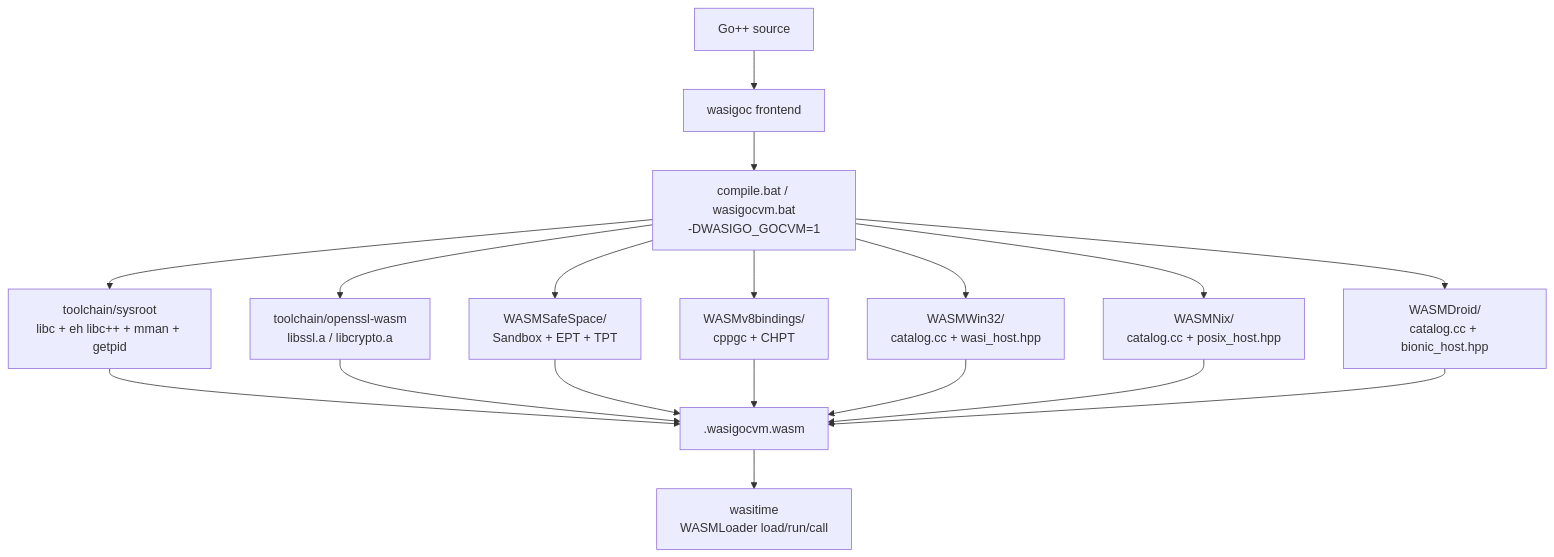
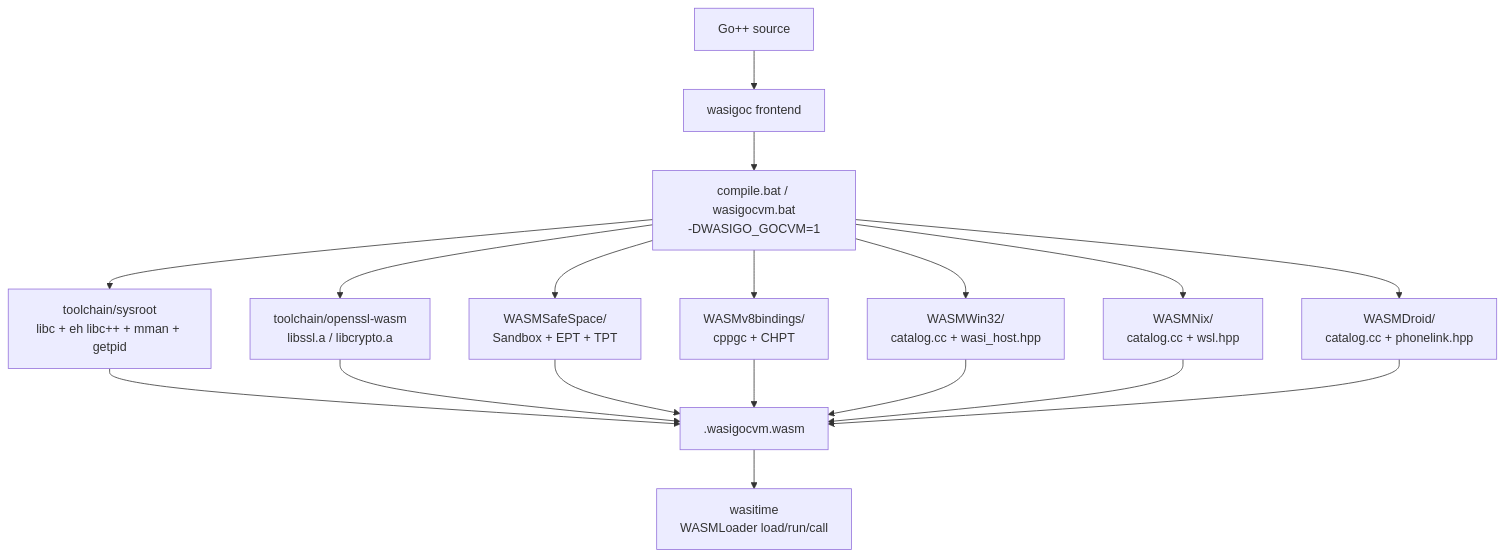
One commit to goxxlang/wasigoc2 changed the diagram in docs/architecture.md. Above: the diagram before and after it, drawn with Mermaid. The commit also changed other lines of this file and 179 other files, not shown here.

First line of the commit message:
WASMWin32: productized gocvm win32/wsl/nix bridge; land accumulated tree

````diff
--- a/docs/architecture.md
+++ b/docs/architecture.md
@@ -70,21 +70,21 @@
 ```mermaid
 flowchart TB
   src["Go++ source"] --> wasigoc["wasigoc frontend"]
   wasigoc --> drv["compile.bat / wasigocvm.bat<br/>-DWASIGO_GOCVM=1"]
   drv --> sys["toolchain/sysroot<br/>libc + eh libc++ + mman + getpid"]
   drv --> ossl["toolchain/openssl-wasm<br/>libssl.a / libcrypto.a"]
   drv --> safe["WASMSafeSpace/<br/>Sandbox + EPT + TPT"]
   drv --> v8["WASMv8bindings/<br/>cppgc + CHPT"]
   drv --> win["WASMWin32/<br/>catalog.cc + wasi_host.hpp"]
-  drv --> nix["WASMNix/<br/>catalog.cc + posix_host.hpp"]
-  drv --> droid["WASMDroid/<br/>catalog.cc + bionic_host.hpp"]
+  drv --> nix["WASMNix/<br/>catalog.cc + wsl.hpp"]
+  drv --> droid["WASMDroid/<br/>catalog.cc + phonelink.hpp"]
   sys --> wasm[".wasigocvm.wasm"]
   ossl --> wasm
   safe --> wasm
   v8 --> wasm
   win --> wasm
   nix --> wasm
   droid --> wasm
   wasm --> wasitime["wasitime
 WASMLoader load/run/call"]
 ```
````
